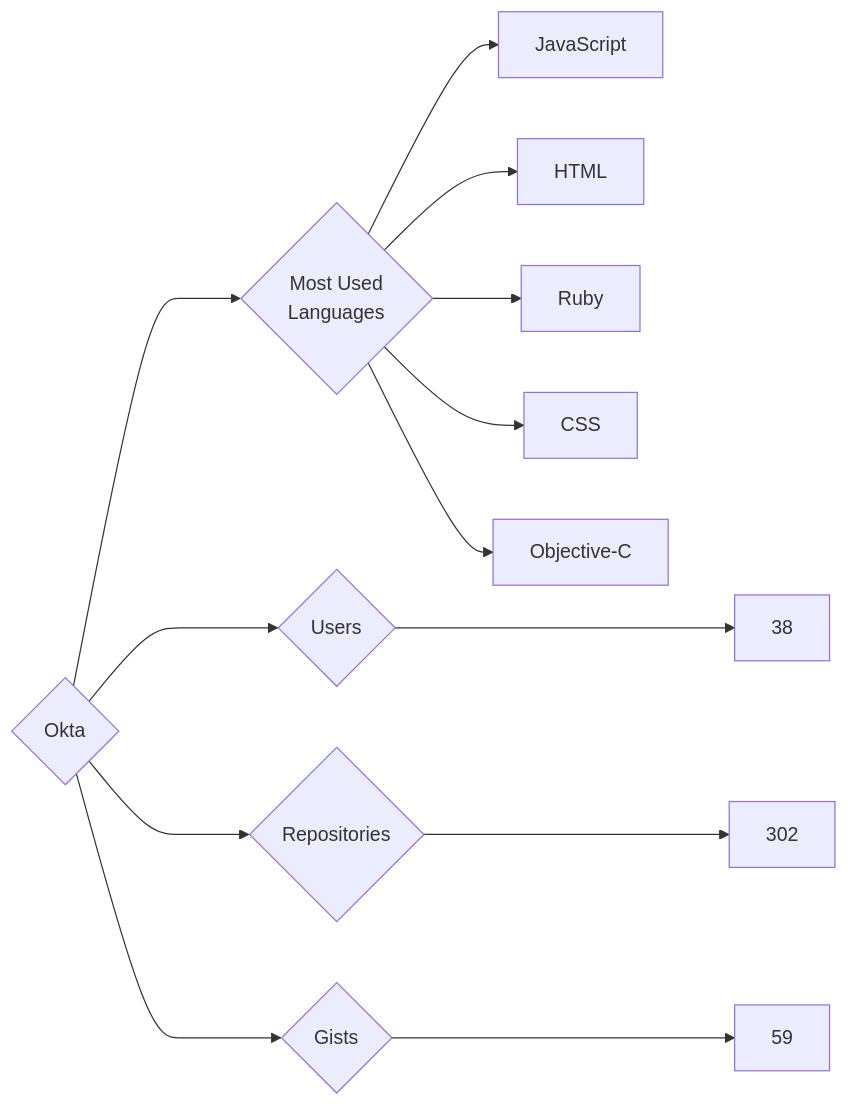
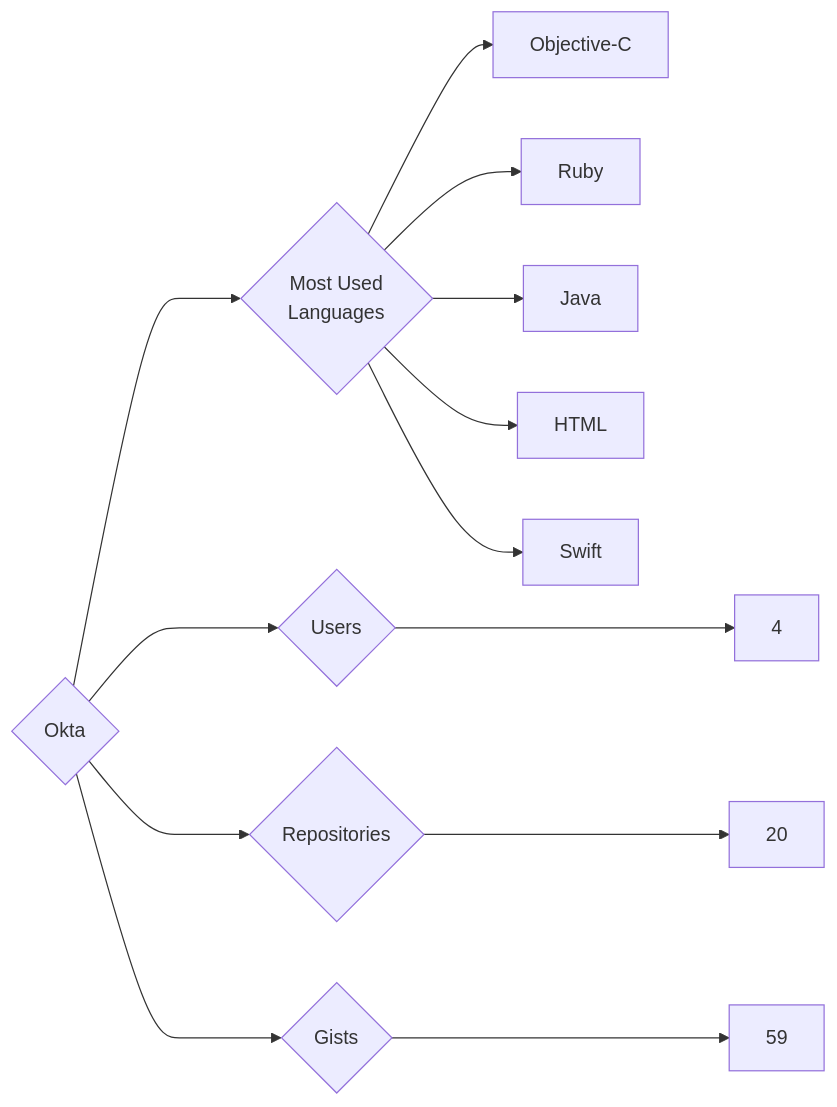
One commit to trickest/insiders changed the diagram in targets/Okta/README.md. Above: the diagram before and after it, drawn with Mermaid. The commit also changed 860 other files, not shown here.

````diff
--- a/targets/Okta/README.md
+++ b/targets/Okta/README.md
@@ -3,13 +3,13 @@
 ```mermaid
 graph LR
 COMPANY_NAME{Okta}
-COMPANY_NAME ---> U{Users} ---> UN[38]
-COMPANY_NAME ---> R{Repositories} ---> RN[302]
+COMPANY_NAME ---> U{Users} ---> UN[4]
+COMPANY_NAME ---> R{Repositories} ---> RN[20]
 COMPANY_NAME ---> G{Gists} ---> GN[59]
 COMPANY_NAME ---> ML{Most Used<br>Languages}
-ML --> JavaScript[JavaScript]
+ML --> Objective-C[Objective-C]
+ML --> Ruby[Ruby]
+ML --> Java[Java]
 ML --> HTML[HTML]
-ML --> Ruby[Ruby]
-ML --> CSS[CSS]
-ML --> Objective-C[Objective-C]
+ML --> Swift[Swift]
 ```
````
